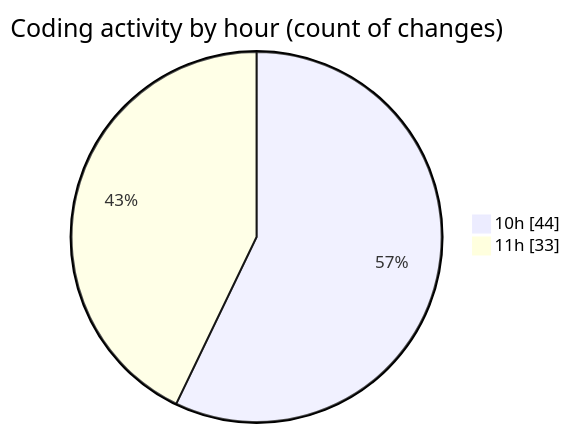
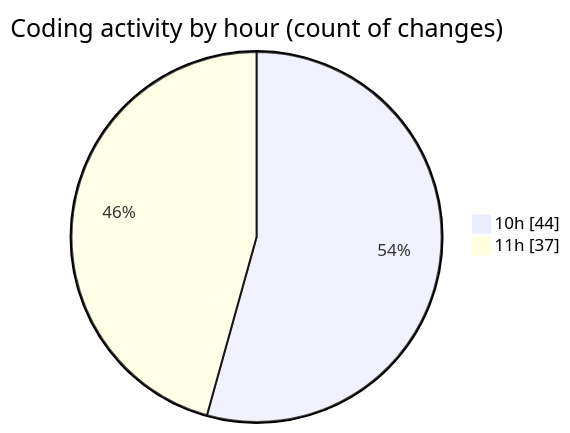
The second of 2 diagrams in 2025-08-28/cda/README.md (momahboobian/code-tracking), drawn with Mermaid before and after one commit. The commit also changed other lines of this file and 1 other file, not shown here.

````diff
--- a/2025-08-28/cda/README.md
+++ b/2025-08-28/cda/README.md
@@ -31,6 +31,6 @@
 ```mermaid
 pie showData
 title Coding activity by hour (count of changes)
 "10h" : 44
-"11h" : 33
+"11h" : 37
 ```
````
